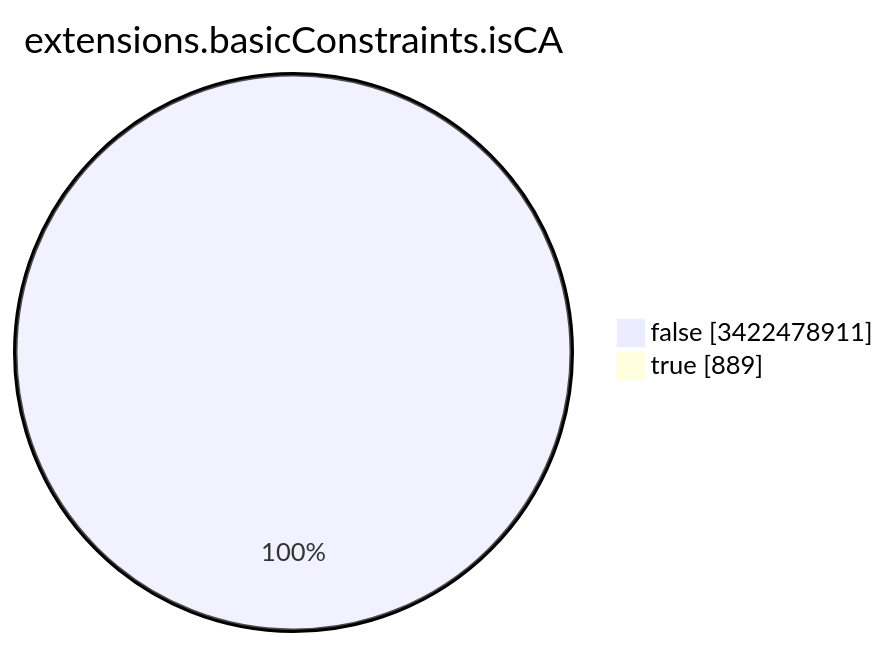
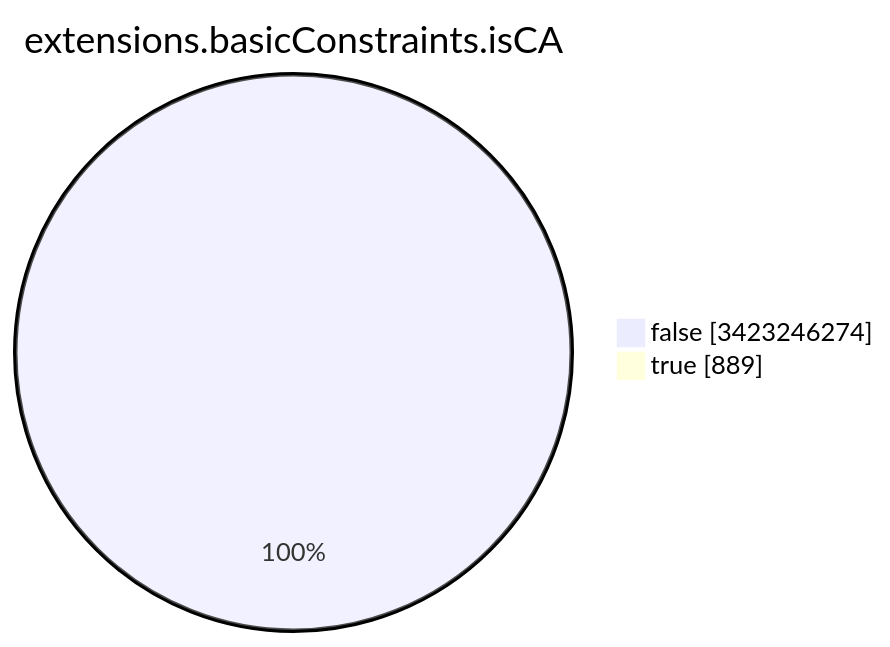
One commit to christiankrug/ctmonitor_visualization changed the seventh of 15 diagrams in TOTAL/README.md. Above: the diagram before and after it, drawn with Mermaid. The commit also changed other lines of this file, not shown here.

````diff
--- a/TOTAL/README.md
+++ b/TOTAL/README.md
@@ -3092,6 +3092,6 @@
 ```mermaid
 pie showData
 title extensions.basicConstraints.isCA
-"false" :3422478911
+"false" :3423246274
 "true" :889
 ```
````
